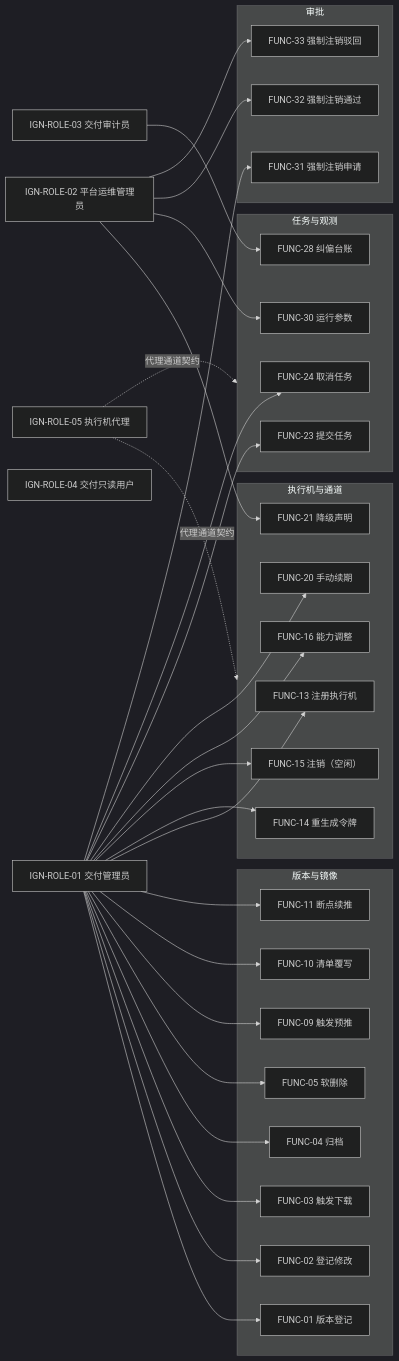
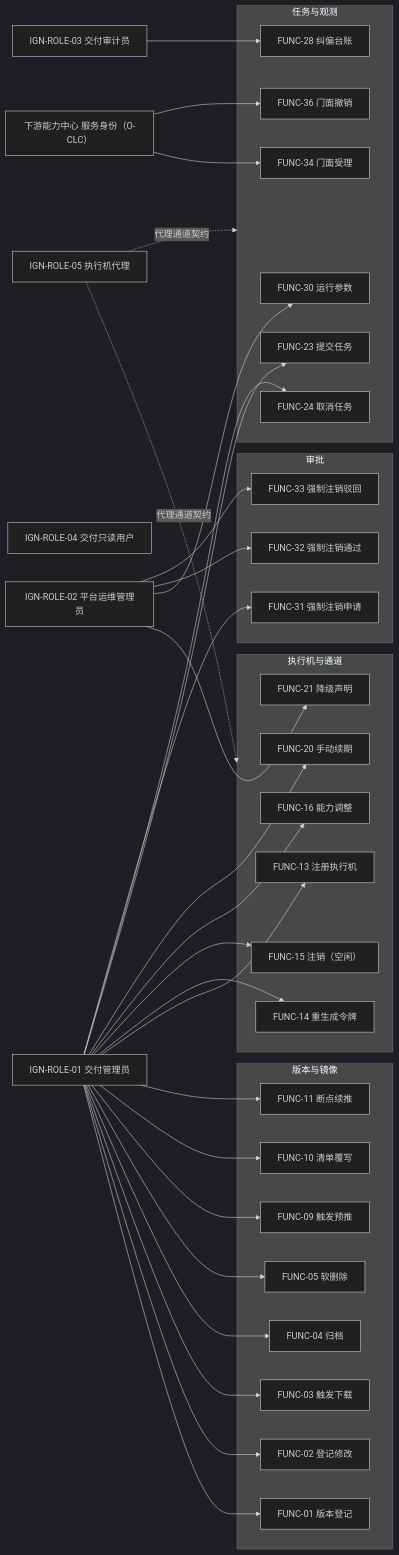
One commit to Project-Opic/opic-ign changed the second of 9 diagrams in design/spec/需求规格说明书-OPIC-交付执行域.md. Above: the diagram before and after it, drawn with Mermaid (dark theme). The commit also changed other lines of this file and 54 other files, not shown here.

````diff
--- a/design/spec/需求规格说明书-OPIC-交付执行域.md
+++ b/design/spec/需求规格说明书-OPIC-交付执行域.md
@@ -469,60 +527,65 @@
 ```mermaid
 flowchart LR
     R1["IGN-ROLE-01 交付管理员"]
     R2["IGN-ROLE-02 平台运维管理员"]
     R3["IGN-ROLE-03 交付审计员"]
     R4["IGN-ROLE-04 交付只读用户"]
     R5["IGN-ROLE-05 执行机代理"]
+    R6["下游能力中心 服务身份（O-CLC）"]
     subgraph S1["版本与镜像"]
         F01["FUNC-01 版本登记"]
         F02["FUNC-02 登记修改"]
         F03["FUNC-03 触发下载"]
         F04["FUNC-04 归档"]
         F05["FUNC-05 软删除"]
         F09["FUNC-09 触发预推"]
         F10["FUNC-10 清单覆写"]
         F11["FUNC-11 断点续推"]
     end
     subgraph S2["执行机与通道"]
         F13["FUNC-13 注册执行机"]
         F14["FUNC-14 重生成令牌"]
         F15["FUNC-15 注销（空闲）"]
         F16["FUNC-16 能力调整"]
         F20["FUNC-20 手动续期"]
         F21["FUNC-21 降级声明"]
     end
     subgraph S3["任务与观测"]
         F23["FUNC-23 提交任务"]
         F24["FUNC-24 取消任务"]
         F28["FUNC-28 纠偏台账"]
         F30["FUNC-30 运行参数"]
+        F34["FUNC-34 门面受理"]
+        F36["FUNC-36 门面撤销"]
     end
     subgraph S4["审批"]
         F31["FUNC-31 强制注销申请"]
         F32["FUNC-32 强制注销通过"]
         F33["FUNC-33 强制注销驳回"]
     end
     R1 --> F01
     R1 --> F02
     R1 --> F03
     R1 --> F04
     R1 --> F05
     R1 --> F09
     R1 --> F10
     R1 --> F11
     R1 --> F13
     R1 --> F14
     R1 --> F15
     R1 --> F16
     R1 --> F20
     R1 --> F23
     R1 --> F24
     R1 --> F31
     R2 --> F21
     R2 --> F30
     R2 --> F32
     R2 --> F33
     R3 --> F28
+    R6 --> F34
+    R6 --> F36
     R5 -.->|代理通道契约| S2
     R5 -.->|代理通道契约| S3
 ```
````
